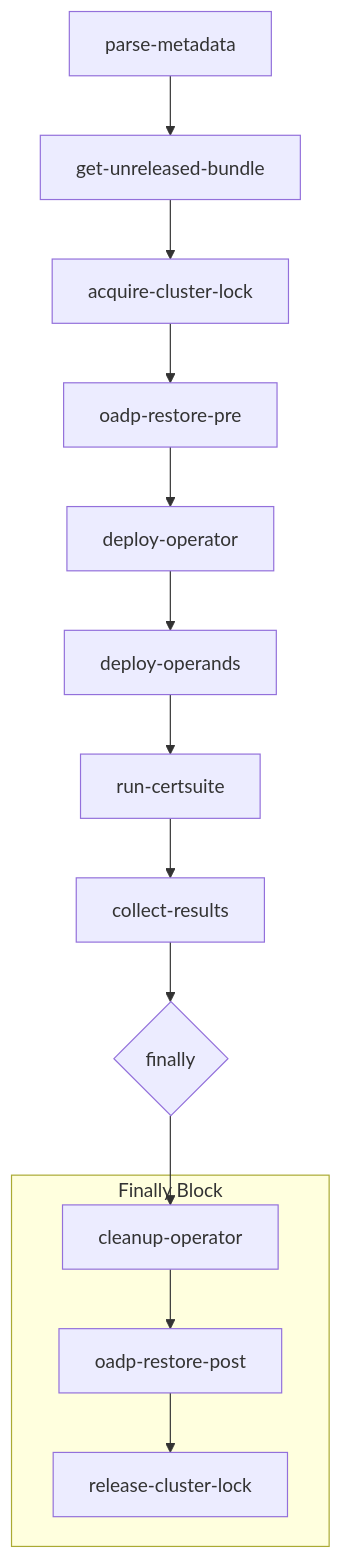
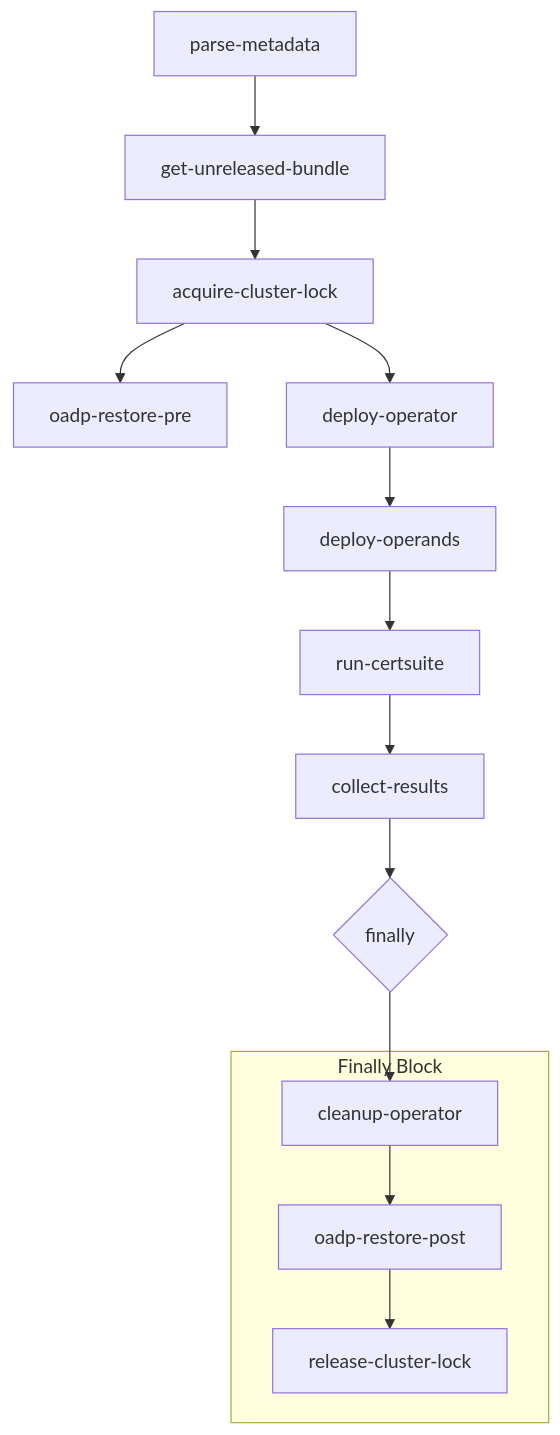
The second of 5 diagrams in docs/architecture.md (rocrisp/konflux-certsuite), drawn with Mermaid before and after one commit. The commit also changed other lines of this file and 8 other files, not shown here.

````diff
--- a/docs/architecture.md
+++ b/docs/architecture.md
@@ -41,21 +40,21 @@
 ```mermaid
 flowchart TD
     A[parse-metadata] --> B[get-unreleased-bundle]
     B --> C[acquire-cluster-lock]
     C --> D[oadp-restore-pre]
-    D --> E[deploy-operator]
+    C --> E[deploy-operator]
     E --> F[deploy-operands]
     F --> G[run-certsuite]
     G --> H[collect-results]
 
     H --> I{finally}
 
     subgraph finally [Finally Block]
         J[cleanup-operator]
         K[oadp-restore-post]
         L[release-cluster-lock]
         J --> K --> L
     end
 
     I --> J
 ```
````
